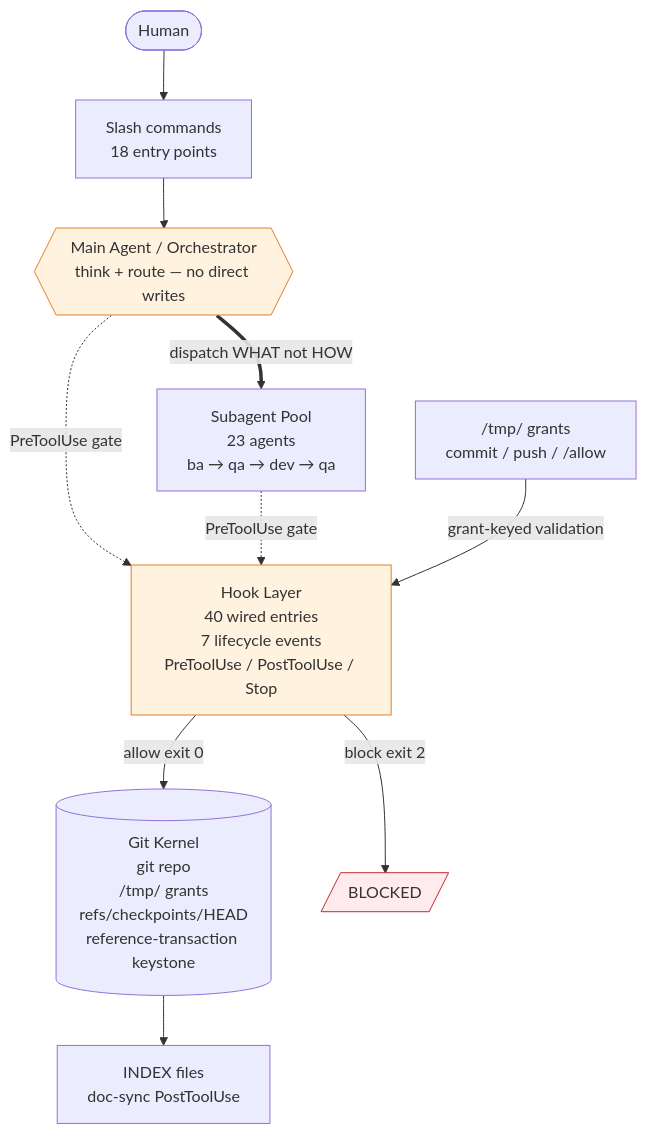
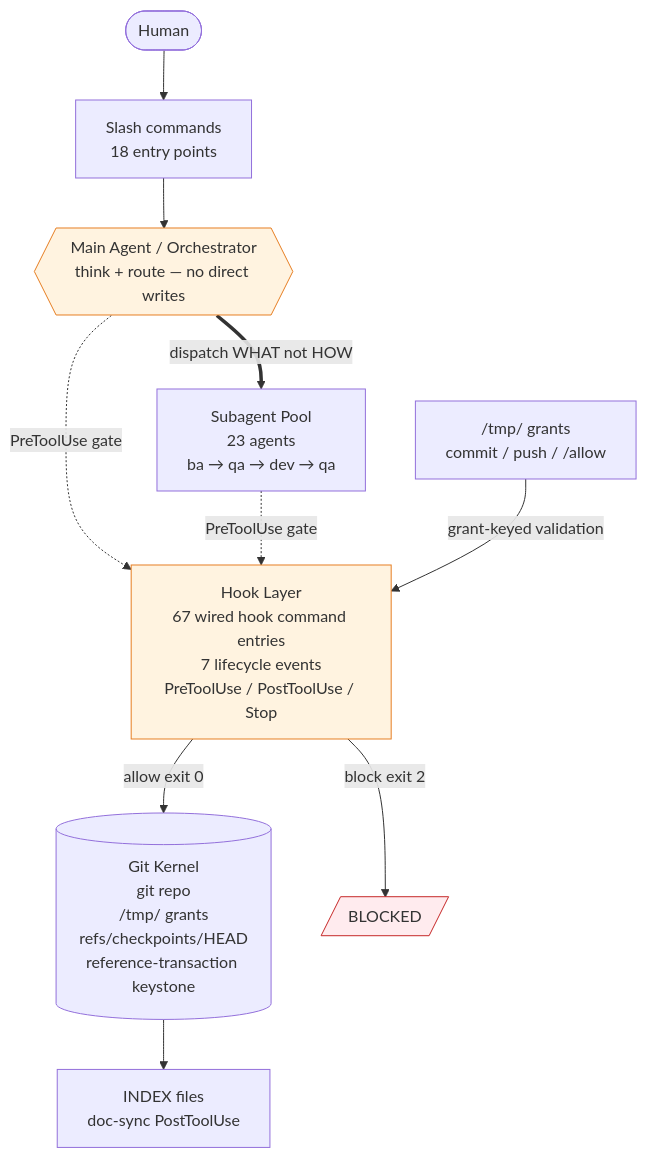
The first of 3 diagrams in README.md (Yugoge/awesome-claude-harness), drawn with Mermaid before and after one commit. The commit also changed other lines of this file and 19 other files, not shown here.

````diff
--- a/README.md
+++ b/README.md
@@ -65,21 +65,21 @@
 ```mermaid
 graph TD
     U([Human]) --> CMD[Slash commands<br/>18 entry points]
     CMD --> ORC{{Main Agent / Orchestrator<br/>think + route — no direct writes}}
 
     ORC -.->|PreToolUse gate| HL
     SUB -.->|PreToolUse gate| HL
 
     ORC ==>|dispatch WHAT not HOW| SUB[Subagent Pool<br/>23 agents<br/>ba → qa → dev → qa]
 
-    HL[Hook Layer<br/>40 wired entries<br/>7 lifecycle events<br/>PreToolUse / PostToolUse / Stop] -->|allow exit 0| GK[(Git Kernel<br/>git repo<br/>/tmp/ grants<br/>refs/checkpoints/HEAD<br/>reference-transaction keystone)]
+    HL[Hook Layer<br/>67 wired hook command entries<br/>7 lifecycle events<br/>PreToolUse / PostToolUse / Stop] -->|allow exit 0| GK[(Git Kernel<br/>git repo<br/>/tmp/ grants<br/>refs/checkpoints/HEAD<br/>reference-transaction keystone)]
     HL -->|block exit 2| BLK[/BLOCKED/]
 
     GK --> IDX[INDEX files<br/>doc-sync PostToolUse]
     TMP["/tmp/ grants<br/>commit / push / /allow"] -->|grant-keyed validation| HL
 
     classDef restricted fill:#ffebee,stroke:#c62828
     classDef gate fill:#fff3e0,stroke:#e67e22
     class BLK restricted
     class ORC,HL gate
 ```
````
